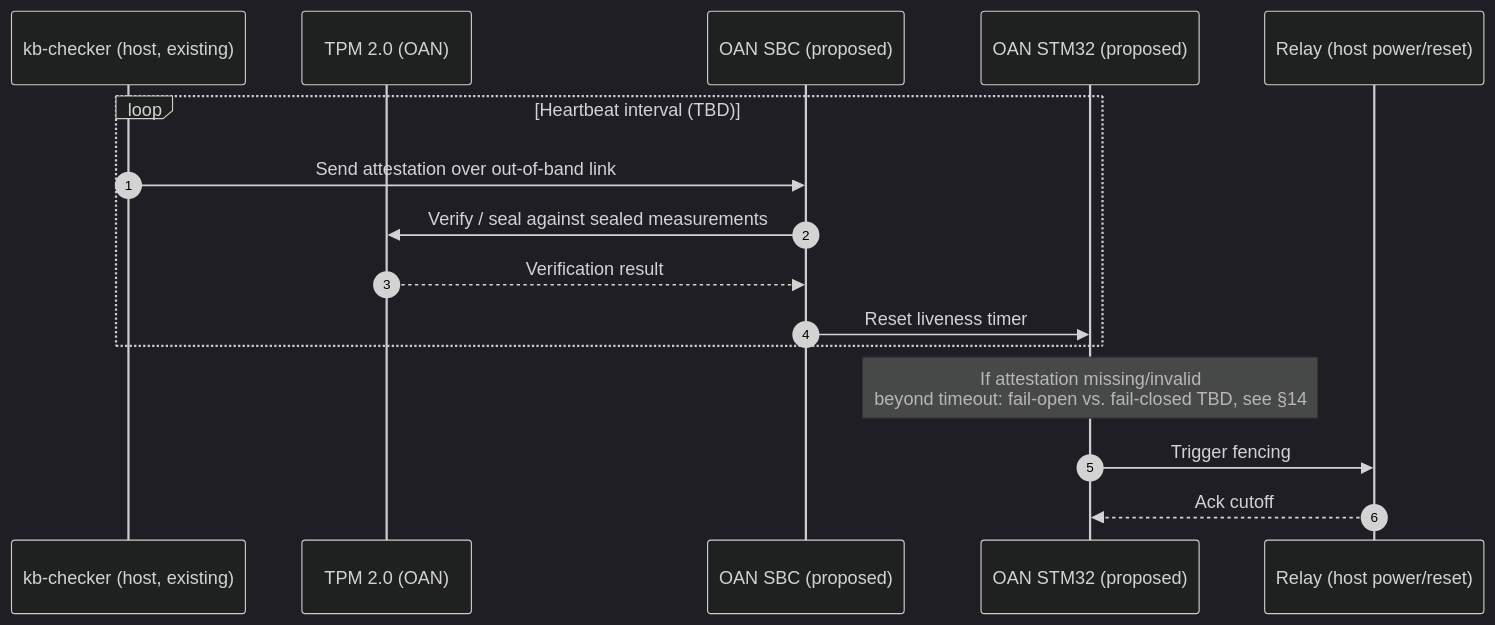
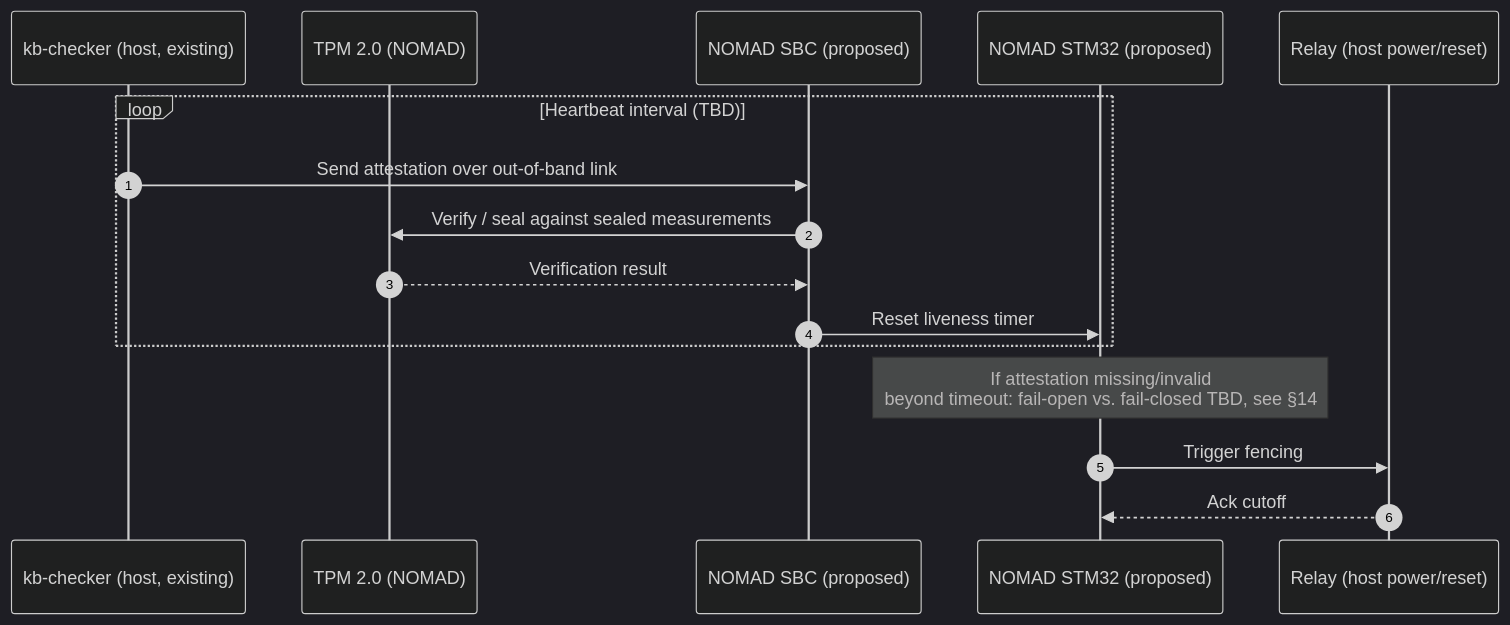
Before and after one commit to pardhuvarmax/kernel-borderlands: the third of 8 diagrams in docs/features/hardware-ext/nomad-hardware-appliance.md, drawn with Mermaid (dark theme). The commit also changed other lines of this file and 6 other files, not shown here.

First line of the commit message:
rename: finish OAN -> NOMAD content updates missed by prior commit

````diff
--- a/docs/features/hardware-ext/nomad-hardware-appliance.md
+++ b/docs/features/hardware-ext/nomad-hardware-appliance.md
@@ -235,20 +235,20 @@
 ```mermaid
 sequenceDiagram
     autonumber
     participant KBC as kb-checker (host, existing)
-    participant TPM as TPM 2.0 (OAN)
-    participant SBC as OAN SBC (proposed)
-    participant STM32 as OAN STM32 (proposed)
+    participant TPM as TPM 2.0 (NOMAD)
+    participant SBC as NOMAD SBC (proposed)
+    participant STM32 as NOMAD STM32 (proposed)
     participant RELAY as Relay (host power/reset)
 
     loop Heartbeat interval (TBD)
         KBC->>SBC: Send attestation over out-of-band link
         SBC->>TPM: Verify / seal against sealed measurements
         TPM-->>SBC: Verification result
         SBC->>STM32: Reset liveness timer
     end
 
     Note over STM32: If attestation missing/invalid<br/>beyond timeout: fail-open vs. fail-closed TBD, see §14
     STM32->>RELAY: Trigger fencing
     RELAY-->>STM32: Ack cutoff
 ```
````
